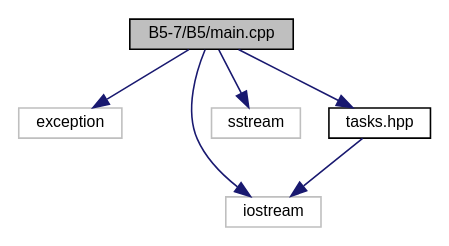
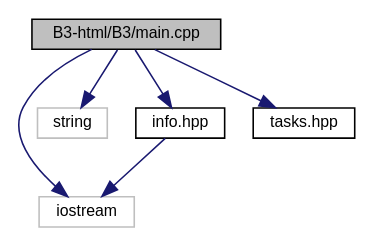
One commit to foxthere/foxthere.github.io changed the diagram in main_8cpp__incl.dot. Above: the diagram before and after it, drawn with Graphviz. The commit also changed 309 other files, not shown here.

```diff
--- a/main_8cpp__incl.dot
+++ b/main_8cpp__incl.dot
@@ -1,16 +1,16 @@
-digraph "B5-7/B5/main.cpp"
+digraph "B3-html/B3/main.cpp"
 {
  // LATEX_PDF_SIZE
   edge [fontname="Helvetica",fontsize="10",labelfontname="Helvetica",labelfontsize="10"];
   node [fontname="Helvetica",fontsize="10",shape=record];
-  Node1 [label="B5-7/B5/main.cpp",height=0.2,width=0.4,color="black", fillcolor="grey75", style="filled", fontcolor="black",tooltip=" "];
+  Node1 [label="B3-html/B3/main.cpp",height=0.2,width=0.4,color="black", fillcolor="grey75", style="filled", fontcolor="black",tooltip=" "];
   Node1 -> Node2 [color="midnightblue",fontsize="10",style="solid",fontname="Helvetica"];
-  Node2 [label="exception",height=0.2,width=0.4,color="grey75", fillcolor="white", style="filled",tooltip=" "];
+  Node2 [label="iostream",height=0.2,width=0.4,color="grey75", fillcolor="white", style="filled",tooltip=" "];
   Node1 -> Node3 [color="midnightblue",fontsize="10",style="solid",fontname="Helvetica"];
-  Node3 [label="iostream",height=0.2,width=0.4,color="grey75", fillcolor="white", style="filled",tooltip=" "];
+  Node3 [label="string",height=0.2,width=0.4,color="grey75", fillcolor="white", style="filled",tooltip=" "];
   Node1 -> Node4 [color="midnightblue",fontsize="10",style="solid",fontname="Helvetica"];
-  Node4 [label="sstream",height=0.2,width=0.4,color="grey75", fillcolor="white", style="filled",tooltip=" "];
+  Node4 [label="info.hpp",height=0.2,width=0.4,color="black", fillcolor="white", style="filled",URL="$info_8hpp.html",tooltip=" "];
+  Node4 -> Node2 [color="midnightblue",fontsize="10",style="solid",fontname="Helvetica"];
   Node1 -> Node5 [color="midnightblue",fontsize="10",style="solid",fontname="Helvetica"];
   Node5 [label="tasks.hpp",height=0.2,width=0.4,color="black", fillcolor="white", style="filled",URL="$tasks_8hpp.html",tooltip=" "];
-  Node5 -> Node3 [color="midnightblue",fontsize="10",style="solid",fontname="Helvetica"];
 }
```
